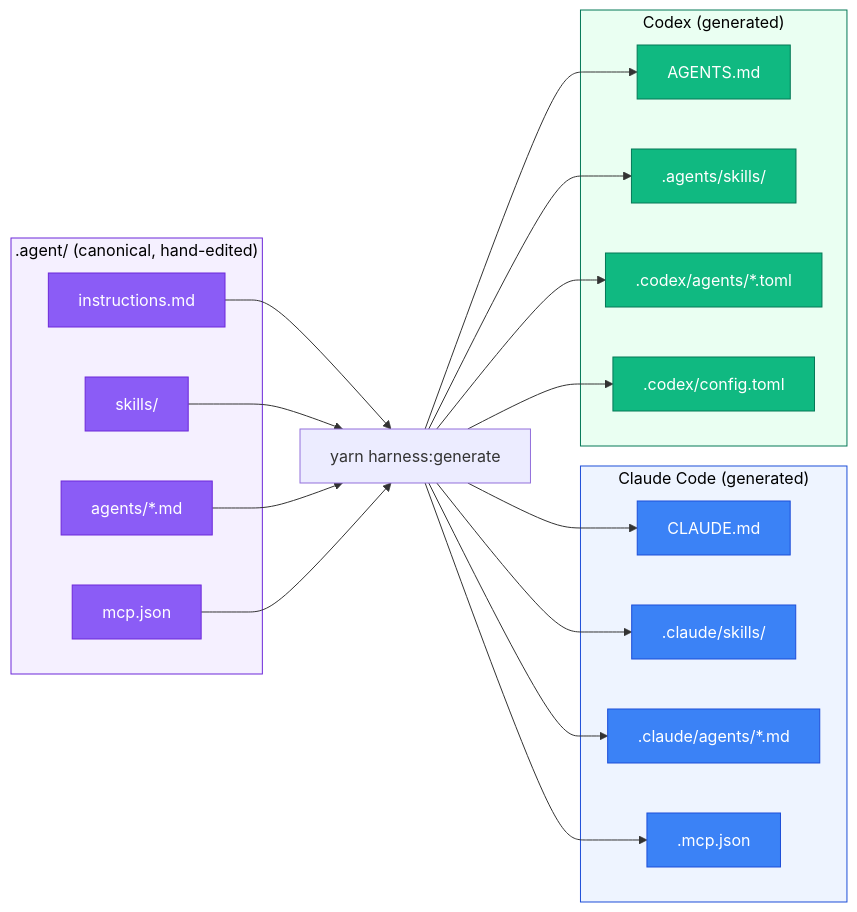
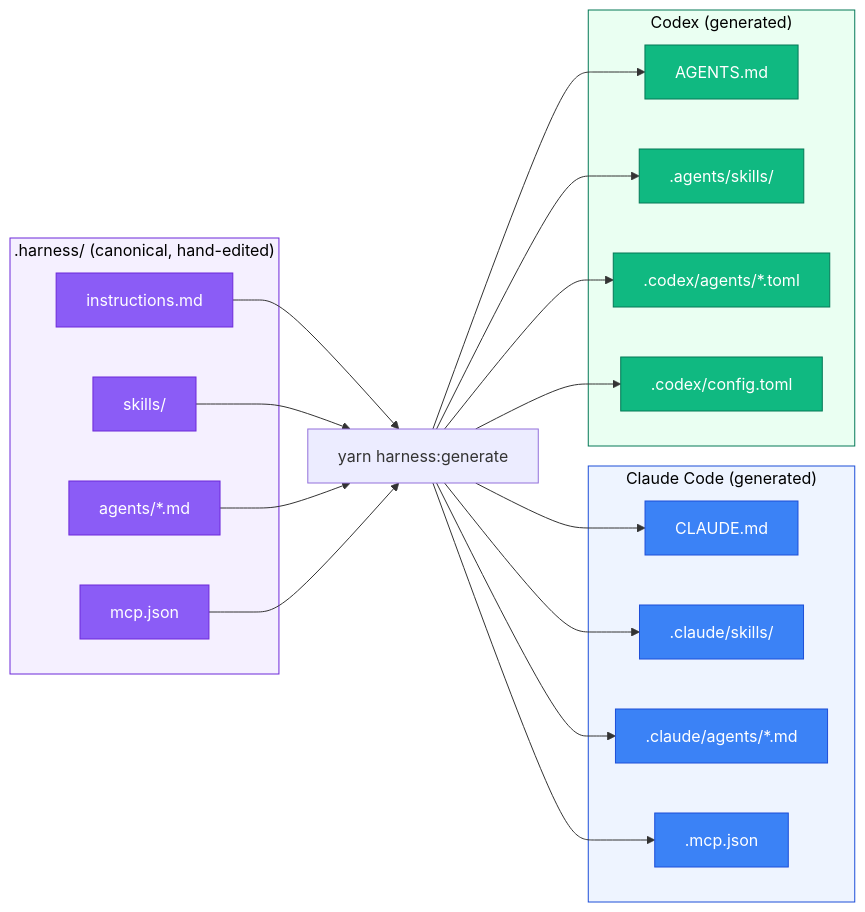
The diagram in .patch/0030-2026-08-27-provider-agnostic-harness/files/docs/Engineering Guide/09 Harness Generation.md (DataArt/adlc-discovery-tool), drawn with Mermaid before and after one commit. The commit also changed other lines of this file and 765 other files, not shown here.

Commit message:
refactor(harness): rename canonical root

````diff
--- a/.patch/0030-2026-08-27-provider-agnostic-harness/files/docs/Engineering Guide/09 Harness Generation.md
+++ b/.patch/0030-2026-08-27-provider-agnostic-harness/files/docs/Engineering Guide/09 Harness Generation.md
@@ -19,43 +19,43 @@
 ```mermaid
 flowchart LR
     classDef canonical fill:#8B5CF6,stroke:#6D28D9,color:#fff
     classDef claude fill:#3B82F6,stroke:#1D4ED8,color:#fff
     classDef codex fill:#10B981,stroke:#047857,color:#fff
 
-    subgraph SRC[".agent/ (canonical, hand-edited)"]
+    subgraph SRC[".harness/ (canonical, hand-edited)"]
         INSTR["instructions.md"]
         SKILLS["skills/"]
         AGENTS["agents/*.md"]
         MCP["mcp.json"]
     end
     style SRC fill:#f5f0ff,stroke:#6D28D9,color:#000
 
     GEN["yarn harness:generate"]
 
     subgraph CC["Claude Code (generated)"]
         CINSTR["CLAUDE.md"]
         CSKILLS[".claude/skills/"]
         CAGENTS[".claude/agents/*.md"]
         CMCP[".mcp.json"]
     end
     style CC fill:#eef4ff,stroke:#1D4ED8,color:#000
 
     subgraph CX["Codex (generated)"]
         XINSTR["AGENTS.md"]
         XSKILLS[".agents/skills/"]
         XAGENTS[".codex/agents/*.toml"]
         XMCP[".codex/config.toml"]
     end
     style CX fill:#eafff2,stroke:#047857,color:#000
 
     INSTR --> GEN
     SKILLS --> GEN
     AGENTS --> GEN
     MCP --> GEN
     GEN --> CINSTR & CSKILLS & CAGENTS & CMCP
     GEN --> XINSTR & XSKILLS & XAGENTS & XMCP
 
     class INSTR,SKILLS,AGENTS,MCP canonical
     class CINSTR,CSKILLS,CAGENTS,CMCP claude
     class XINSTR,XSKILLS,XAGENTS,XMCP codex
 ```
````
